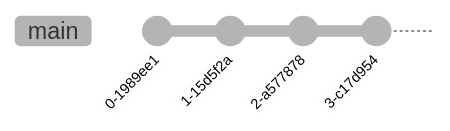
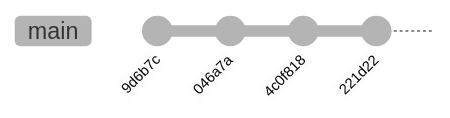
Before and after one commit to opensourcecourse/opencourse: the seventh of 11 diagrams in modules/git/slides.qmd, drawn with Mermaid (neutral theme). The commit also changed other lines of this file, not shown here.

````diff
--- a/modules/git/slides.qmd
+++ b/modules/git/slides.qmd
@@ -391,8 +393,8 @@
 ```{mermaid}
 %%| fig-width: 7
 gitGraph
-   commit id: "0-1989ee1"
-   commit id: "1-15d5f2a"
-   commit id: "2-a577878"
-   commit id: "3-c17d954"
+   commit id: "9d6b7c"
+   commit id: "046a7a"
+   commit id: "4c0f818"
+   commit id: "221d22"
 ```
````
